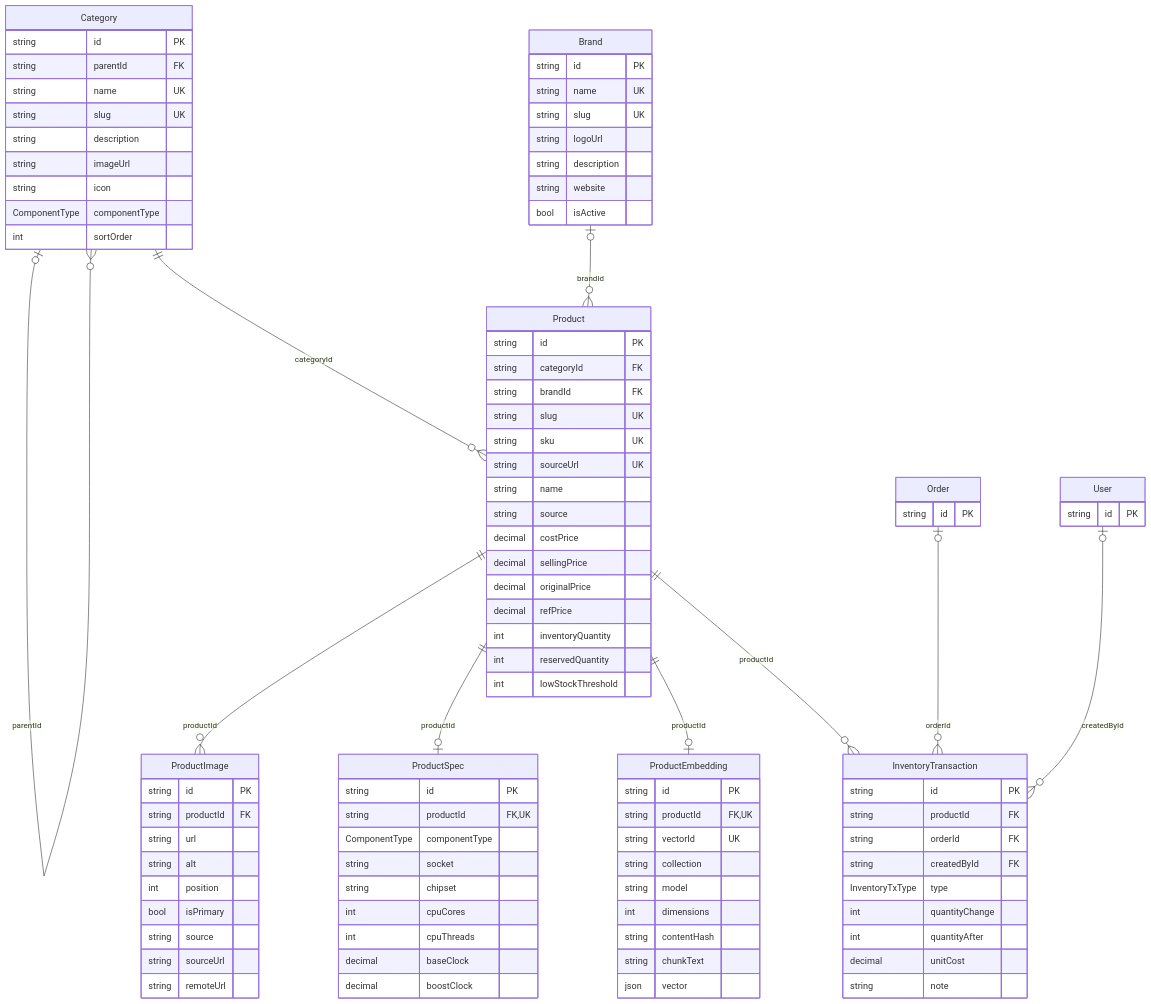
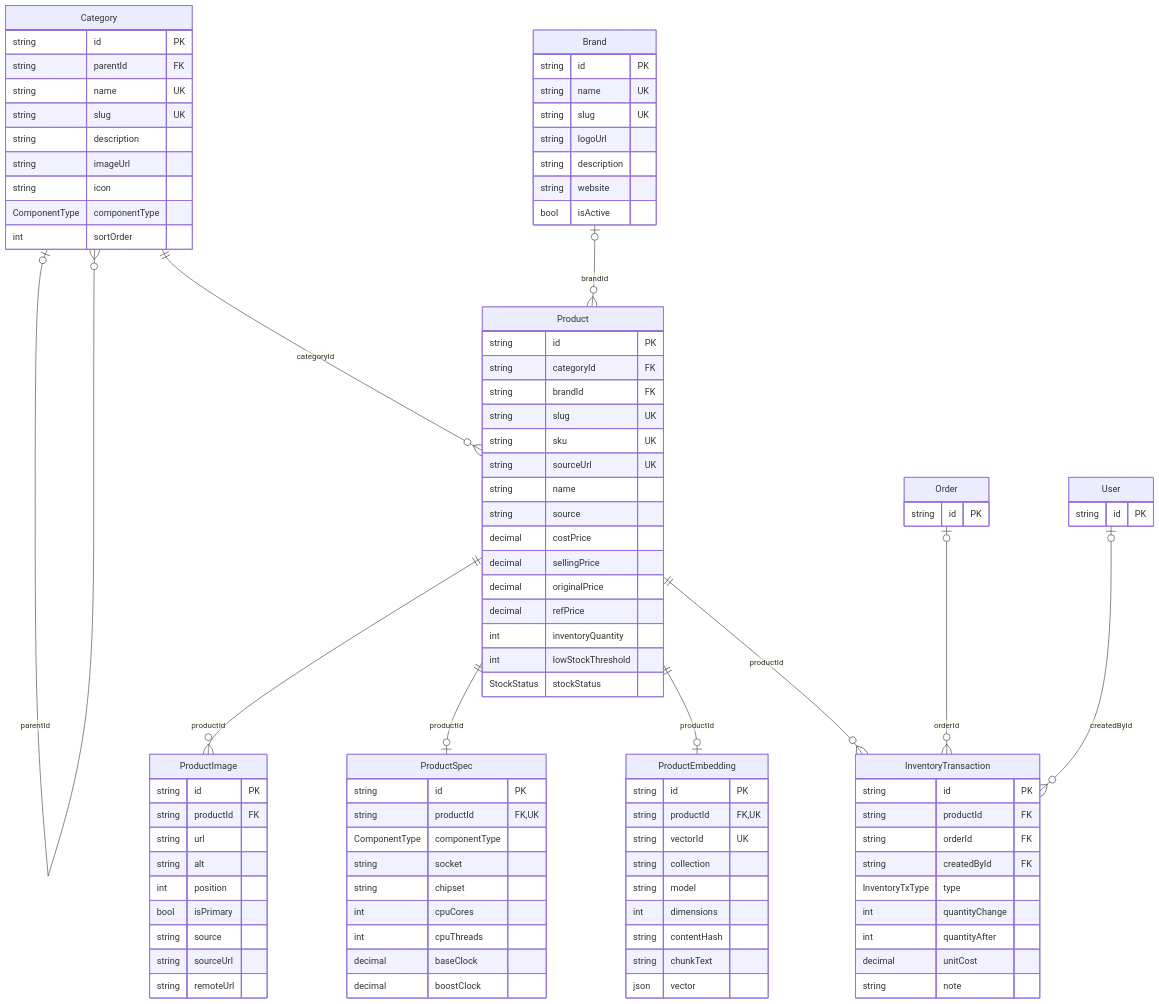
The diagram in docs/bao-ve/so-do/erd-san-pham.mmd (khanhdat1/Do_An), drawn with Mermaid before and after one commit. The commit also changed 16 other files, not shown here.

```diff
--- a/docs/bao-ve/so-do/erd-san-pham.mmd
+++ b/docs/bao-ve/so-do/erd-san-pham.mmd
@@ -1,97 +1,97 @@
 erDiagram
   Category {
     string id PK
     string parentId FK
     string name UK
     string slug UK
     string description
     string imageUrl
     string icon
     ComponentType componentType
     int sortOrder
   }
   Brand {
     string id PK
     string name UK
     string slug UK
     string logoUrl
     string description
     string website
     bool isActive
   }
   Product {
     string id PK
     string categoryId FK
     string brandId FK
     string slug UK
     string sku UK
     string sourceUrl UK
     string name
     string source
     decimal costPrice
     decimal sellingPrice
     decimal originalPrice
     decimal refPrice
     int inventoryQuantity
-    int reservedQuantity
     int lowStockThreshold
+    StockStatus stockStatus
   }
   ProductImage {
     string id PK
     string productId FK
     string url
     string alt
     int position
     bool isPrimary
     string source
     string sourceUrl
     string remoteUrl
   }
   ProductSpec {
     string id PK
     string productId FK, UK
     ComponentType componentType
     string socket
     string chipset
     int cpuCores
     int cpuThreads
     decimal baseClock
     decimal boostClock
   }
   ProductEmbedding {
     string id PK
     string productId FK, UK
     string vectorId UK
     string collection
     string model
     int dimensions
     string contentHash
     string chunkText
     json vector
   }
   InventoryTransaction {
     string id PK
     string productId FK
     string orderId FK
     string createdById FK
     InventoryTxType type
     int quantityChange
     int quantityAfter
     decimal unitCost
     string note
   }
   Order {
     string id PK
   }
   User {
     string id PK
   }
   Category |o--o{ Category : "parentId"
   Category ||--o{ Product : "categoryId"
   Brand |o--o{ Product : "brandId"
   Product ||--o{ ProductImage : "productId"
   Product ||--o| ProductSpec : "productId"
   Product ||--o| ProductEmbedding : "productId"
   Product ||--o{ InventoryTransaction : "productId"
   Order |o--o{ InventoryTransaction : "orderId"
   User |o--o{ InventoryTransaction : "createdById"
```
